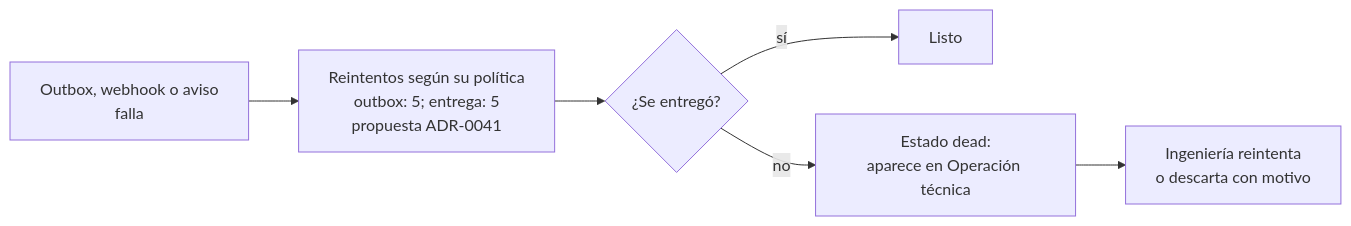
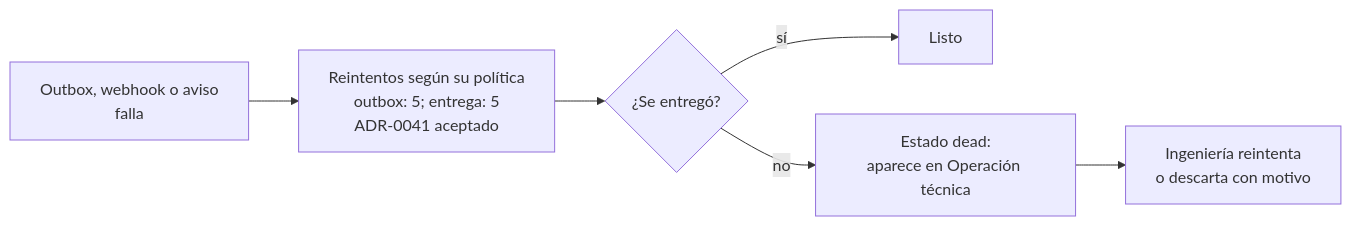
One commit to NexusThrive/nexusthrive changed the seventh of 7 diagrams in docs/02-arquitectura/plataforma/flujos.md. Above: the diagram before and after it, drawn with Mermaid. The commit also changed other lines of this file and 15 other files, not shown here.

````diff
--- a/docs/02-arquitectura/plataforma/flujos.md
+++ b/docs/02-arquitectura/plataforma/flujos.md
@@ -158,8 +158,8 @@
 ```mermaid
 flowchart LR
-    A["Outbox, webhook o aviso<br/>falla"] --> B["Reintentos según su política<br/>outbox: 5; entrega: 5<br/>propuesta ADR-0041"]
+    A["Outbox, webhook o aviso<br/>falla"] --> B["Reintentos según su política<br/>outbox: 5; entrega: 5<br/>ADR-0041 aceptado"]
     B --> C{"¿Se entregó?"}
     C -->|"sí"| D["Listo"]
     C -->|"no"| E["Estado dead:<br/>aparece en Operación técnica"]
     E --> F["Ingeniería reintenta<br/>o descarta con motivo"]
 ```
````
